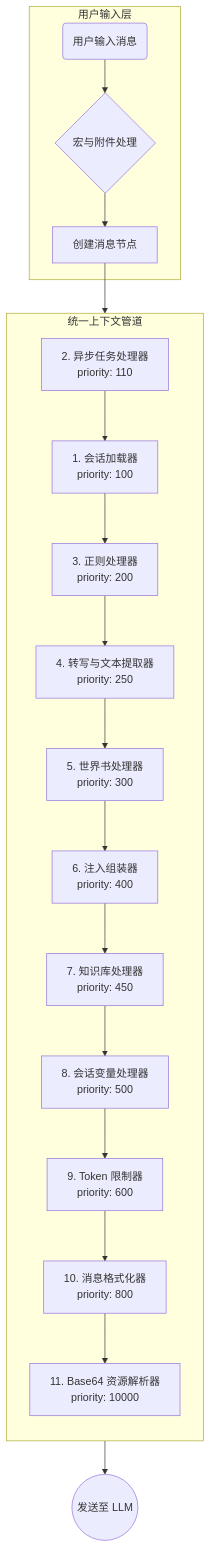
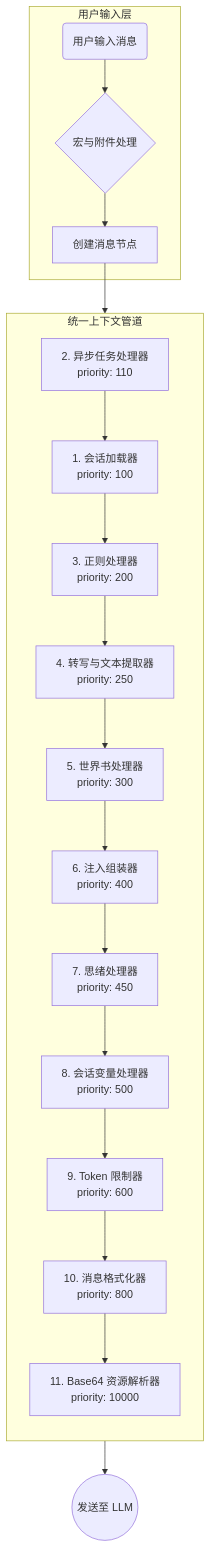
Before and after one commit to miaotouy/aio-hub: the diagram in src/tools/llm-chat/docs/architecture/context-pipeline.md, drawn with Mermaid. The commit also changed other lines of this file and 39 other files, not shown here.

````diff
--- a/src/tools/llm-chat/docs/architecture/context-pipeline.md
+++ b/src/tools/llm-chat/docs/architecture/context-pipeline.md
@@ -19,28 +19,28 @@
 ```mermaid
 graph TD
     subgraph Input [用户输入层]
         A1(用户输入消息) --> A2{宏与附件处理}
         A2 --> A3[创建消息节点]
     end
 
     subgraph Pipeline [统一上下文管道]
         direction TB
         P1[1. 会话加载器<br/>priority: 100]
         P0[2. 异步任务处理器<br/>priority: 110]
         P2[3. 正则处理器<br/>priority: 200]
         P3[4. 转写与文本提取器<br/>priority: 250]
         P4[5. 世界书处理器<br/>priority: 300]
         P5[6. 注入组装器<br/>priority: 400]
-        P6[7. 知识库处理器<br/>priority: 450]
+        P6[7. 思绪处理器<br/>priority: 450]
         P7[8. 会话变量处理器<br/>priority: 500]
         P8[9. Token 限制器<br/>priority: 600]
         P9[10. 消息格式化器<br/>priority: 800]
         P10[11. Base64 资源解析器<br/>priority: 10000]
 
         P0 --> P1 --> P2 --> P3 --> P4 --> P5 --> P6 --> P7 --> P8 --> P9 --> P10
     end
 
     A3 --> Pipeline
     P10 --> Final((发送至 LLM))
 
 ```
````
